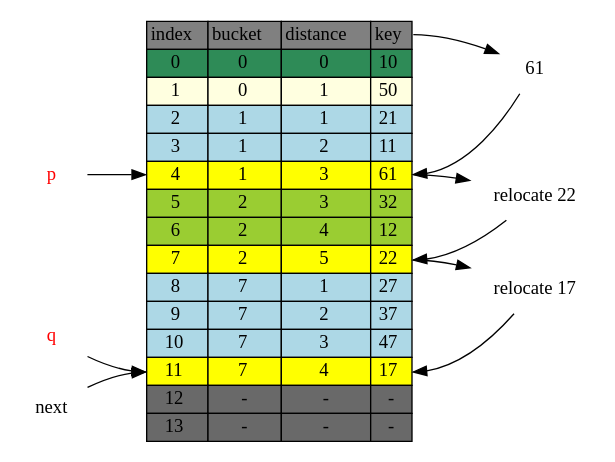
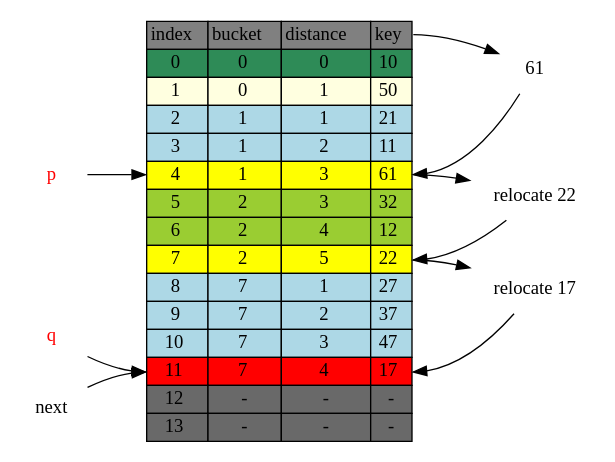
Before and after one commit to jasonlue/digest: the diagram in hashing/cluster-insert-61-adjust-11.dot, drawn with Graphviz. The commit also changed 12 other files, not shown here.

```diff
--- a/hashing/cluster-insert-61-adjust-11.dot
+++ b/hashing/cluster-insert-61-adjust-11.dot
@@ -1,109 +1,109 @@
 digraph table{
     rankdir=LR
     node[shape=plaintext]
 
      table[label=<
         <TABLE BORDER="0" CELLBORDER="1" CELLSPACING="0">
             <TR>
                 <TD BGCOLOR="grey">index</TD>
                 <TD BGCOLOR="grey">bucket</TD>
                 <TD BGCOLOR="grey">distance</TD>
                 <TD BGCOLOR="grey" PORT="k">key</TD>
             </TR>           
             <TR>
                 <TD BGCOLOR="seagreen" PORT="i0">0</TD>
                 <TD BGCOLOR="seagreen">0</TD>
                 <TD BGCOLOR="seagreen">0</TD>
                 <TD BGCOLOR="seagreen" PORT="k0">10</TD>
             </TR>           
             <TR>
                 <TD BGCOLOR="lightyellow" PORT="i1">1</TD>
                 <TD BGCOLOR="lightyellow">0</TD>
                 <TD BGCOLOR="lightyellow">1</TD>
                 <TD BGCOLOR="lightyellow" PORT="k1">50</TD>
             </TR>           
             <TR>
                 <TD BGCOLOR="lightblue" PORT="i2">2</TD>
                 <TD BGCOLOR="lightblue">1</TD>
                 <TD BGCOLOR="lightblue">1</TD>
                 <TD BGCOLOR="lightblue" PORT="k2">21</TD>
             </TR>           
             <TR>
                 <TD BGCOLOR="lightblue" PORT="i3">3</TD>
                 <TD BGCOLOR="lightblue">1</TD>
                 <TD BGCOLOR="lightblue">2</TD>
                 <TD BGCOLOR="lightblue" PORT="k3">11</TD>
             </TR>           
             <TR>
                 <TD BGCOLOR="yellow" PORT="i4">4</TD>
                 <TD BGCOLOR="yellow">1</TD>
                 <TD BGCOLOR="yellow">3</TD>
                 <TD BGCOLOR="yellow" PORT="k4">61</TD>
             </TR>           
             <TR>
                 <TD BGCOLOR="yellowgreen" PORT="i5">5</TD>
                 <TD BGCOLOR="yellowgreen">2</TD>
                 <TD BGCOLOR="yellowgreen">3</TD>
                 <TD BGCOLOR="yellowgreen" PORT="k5">32</TD>
             </TR>
             <TR>
                 <TD BGCOLOR="yellowgreen" PORT="i6">6</TD>
                 <TD BGCOLOR="yellowgreen">2</TD>
                 <TD BGCOLOR="yellowgreen">4</TD>
                 <TD BGCOLOR="yellowgreen" PORT="k6">12</TD> 
             </TR>           
             <TR>
                 <TD BGCOLOR="yellow" PORT="i7">7</TD>
                 <TD BGCOLOR="yellow">2</TD>
                 <TD BGCOLOR="yellow">5</TD>
                 <TD BGCOLOR="yellow" PORT="k7">22</TD>
             </TR>           
             <TR>
                 <TD BGCOLOR="lightblue" PORT="i8">8</TD>
                 <TD BGCOLOR="lightblue">7</TD>
                 <TD BGCOLOR="lightblue">1</TD>
                 <TD BGCOLOR="lightblue" PORT="k8">27</TD>
             </TR>           
             <TR>
                 <TD BGCOLOR="lightblue" PORT="i9">9</TD>
                 <TD BGCOLOR="lightblue">7</TD>
                 <TD BGCOLOR="lightblue">2</TD>
                 <TD BGCOLOR="lightblue" PORT="k9">37</TD>
             </TR>           
             <TR>
                 <TD BGCOLOR="lightblue" PORT="i10">10</TD>
                 <TD BGCOLOR="lightblue">7</TD>
                 <TD BGCOLOR="lightblue">3</TD>
                 <TD BGCOLOR="lightblue" PORT="k10">47</TD>
             </TR>           
             <TR>
-                <TD BGCOLOR="yellow" PORT="i11">11</TD>
-                <TD BGCOLOR="yellow">7</TD>
-                <TD BGCOLOR="yellow">4</TD>
-                <TD BGCOLOR="yellow" PORT="k11">17</TD>
+                <TD BGCOLOR="red" PORT="i11">11</TD>
+                <TD BGCOLOR="red">7</TD>
+                <TD BGCOLOR="red">4</TD>
+                <TD BGCOLOR="red" PORT="k11">17</TD>
             </TR>           
             <TR>
                 <TD BGCOLOR="dimgrey" PORT="i12">12</TD>
                 <TD BGCOLOR="dimgrey">-</TD>
                 <TD BGCOLOR="dimgrey">-</TD>
                 <TD BGCOLOR="dimgrey" PORT="k12">-</TD>
             </TR>           
             <TR>
                 <TD BGCOLOR="dimgrey" PORT="i13">13</TD>
                 <TD BGCOLOR="dimgrey">-</TD>
                 <TD BGCOLOR="dimgrey">-</TD>
                 <TD BGCOLOR="dimgrey" PORT="k13">-</TD>
             </TR>           
         </TABLE>
     >]
 
  table:k->"61"->table:k4
 
  table:k4->"relocate 22" -> table:k7 -> "relocate 17" ->table:k11
 
 p [fontcolor="red"]
 q [fontcolor="red"]
  p -> table:i4
  q -> table:i11
  "next" -> table:i11
  }
```
